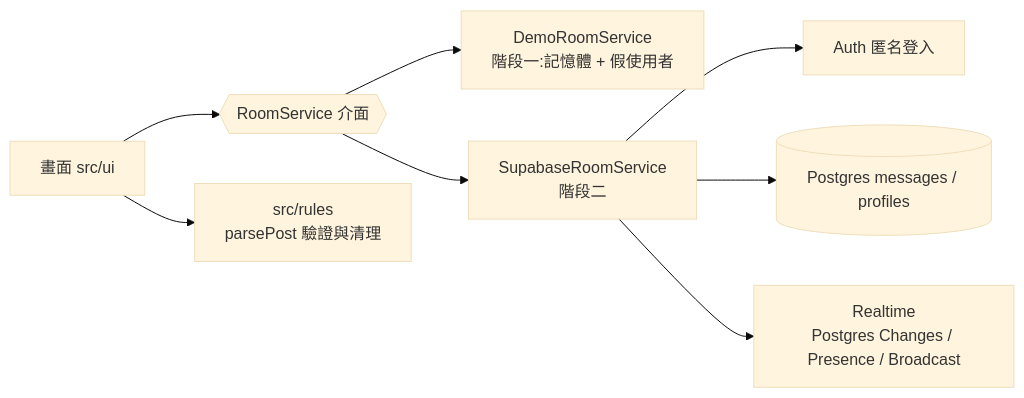
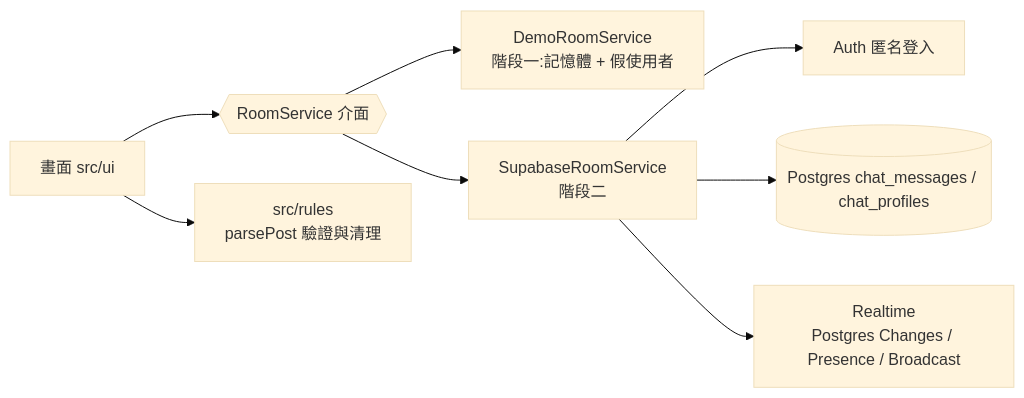
One commit to 411332060-code/chat-room changed the diagram in docs/architecture.md. Above: the diagram before and after it, drawn with Mermaid (base theme). The commit also changed other lines of this file and 2 other files, not shown here.

Commit message:
Deploy workflow (demo/live), README, architecture doc table names

````diff
--- a/docs/architecture.md
+++ b/docs/architecture.md
@@ -14,10 +14,10 @@
 ```mermaid
 flowchart LR
   UI[畫面 src/ui] --> RS{{RoomService 介面}}
   RS --> Demo[DemoRoomService<br/>階段一:記憶體 + 假使用者]
   RS --> Sb[SupabaseRoomService<br/>階段二]
   Sb --> Auth[Auth 匿名登入]
-  Sb --> DB[(Postgres messages / profiles)]
+  Sb --> DB[(Postgres chat_messages / chat_profiles)]
   Sb --> RT[Realtime<br/>Postgres Changes / Presence / Broadcast]
   UI --> Rules[src/rules<br/>parsePost 驗證與清理]
 ```
````
